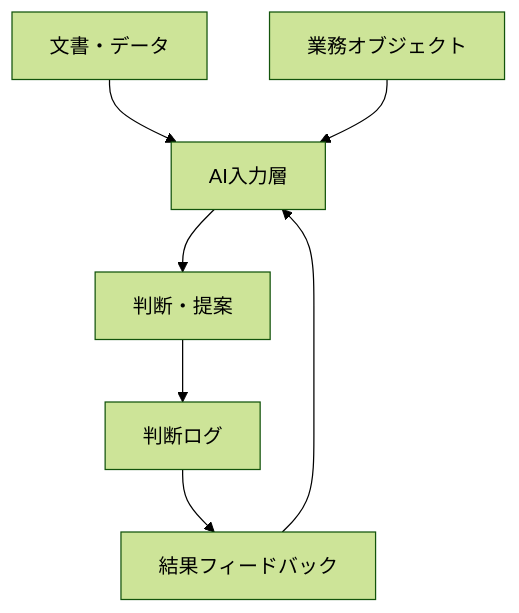
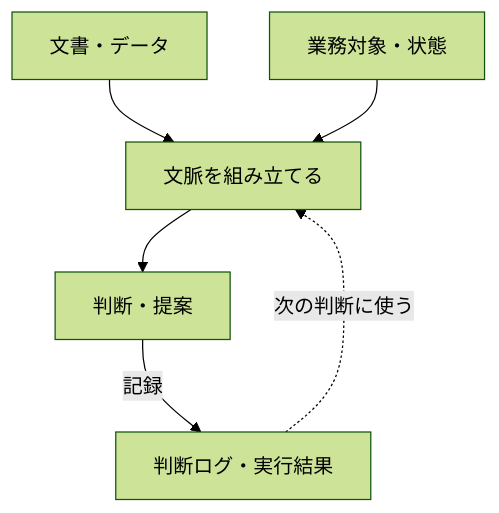
Before and after one commit to daylight55/research: the fifth of 13 diagrams in articles/report/ai-llm-ontology-memory/ja/index.mdx, drawn with Mermaid (forest theme). The commit also changed other lines of this file and 181 other files, not shown here.

First line of the commit message:
全記事の図解368点を再生成し、共通注意書きを削除 (#402)

````diff
--- a/articles/report/ai-llm-ontology-memory/ja/index.mdx
+++ b/articles/report/ai-llm-ontology-memory/ja/index.mdx
@@ -185,9 +211,15 @@
 ```mermaid
 flowchart TD
-  D["文書・データ"] --> AI["AI入力層"]
-  BO["業務オブジェクト"] --> AI
-  AI --> W["判断・提案"]
-  W --> L["判断ログ"]
-  L --> F["結果フィードバック"]
-  F --> AI
+  accTitle: 業務の文脈と実行結果を接続する
+  accDescr: 文書だけでなく業務対象と状態を入力に含め、判断ログと結果を次の文脈へ戻す。
+  N0["文書・データ"]
+  N1["業務対象・状態"]
+  N2["文脈を組み立てる"]
+  N3["判断・提案"]
+  N4["判断ログ・実行結果"]
+  N0 --> N2
+  N1 --> N2
+  N2 --> N3
+  N3 -->|記録| N4
+  N4 -.->|次の判断に使う| N2
 ```
````
